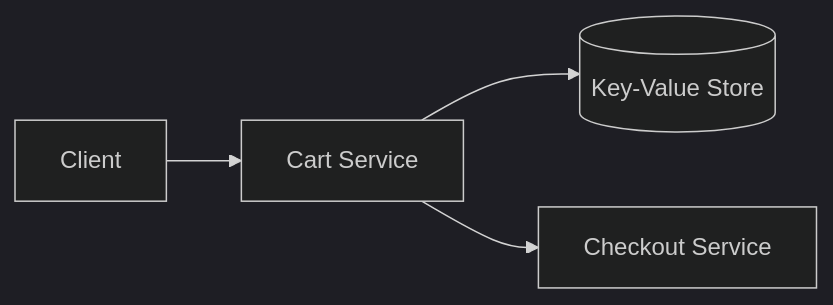
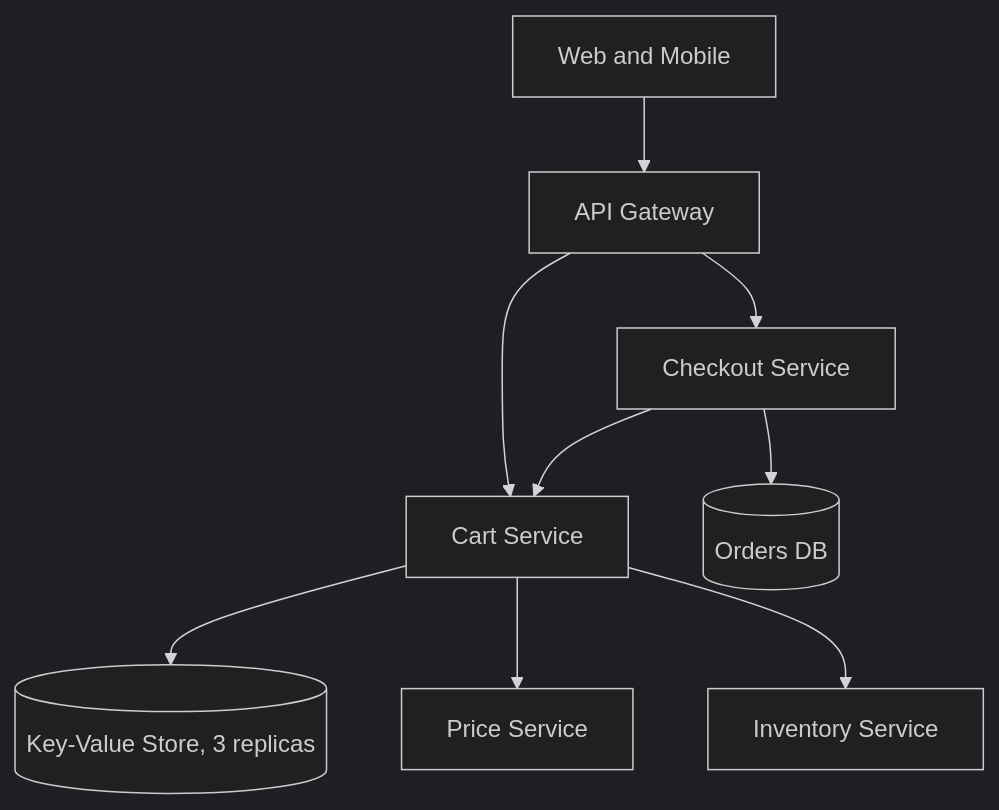
Before and after one commit to design-gurus/grokking-system-design: the first of 2 diagrams in questions/design-amazon-shopping-cart.md, drawn with Mermaid (dark theme). The commit also changed other lines of this file and 19 other files, not shown here.

````diff
--- a/questions/design-amazon-shopping-cart.md
+++ b/questions/design-amazon-shopping-cart.md
@@ -21,6 +76,11 @@
 ```mermaid
-flowchart LR
-    Client --> Cart[Cart Service]
-    Cart --> KV[(Key-Value Store)]
-    Cart --> Checkout[Checkout Service]
+flowchart TD
+    Client[Web and Mobile] --> GW[API Gateway]
+    GW --> Cart[Cart Service]
+    Cart --> KV[("Key-Value Store, 3 replicas")]
+    Cart --> Price[Price Service]
+    Cart --> Stock[Inventory Service]
+    GW --> Checkout[Checkout Service]
+    Checkout --> Cart
+    Checkout --> Orders[(Orders DB)]
 ```
````
